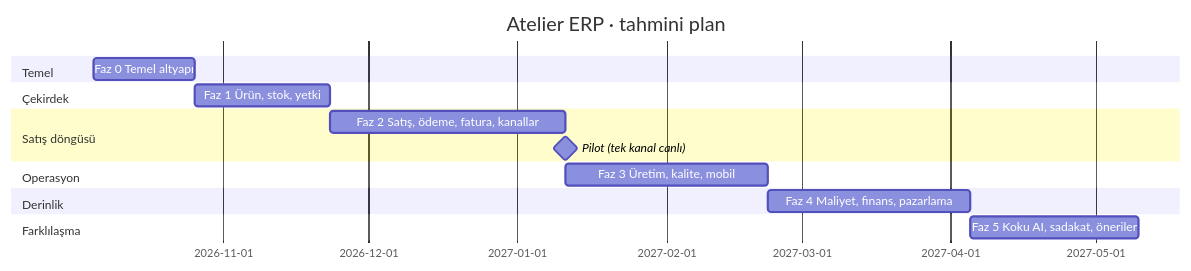
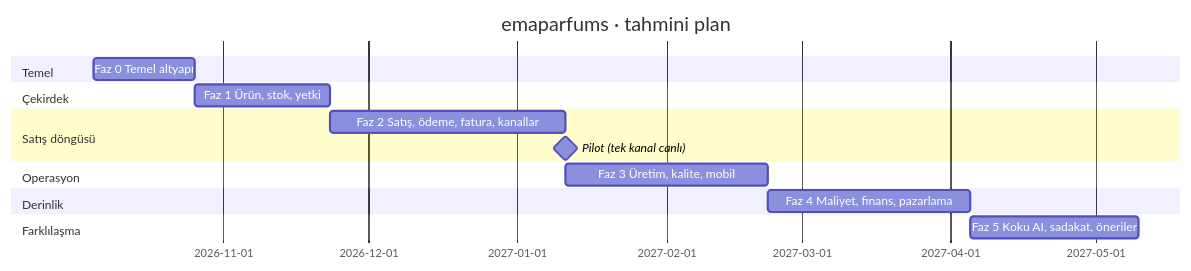
One commit to muhammedkoca-medra/emaparfums-erp changed the diagram in docs/05-yol-haritasi.md. Above: the diagram before and after it, drawn with Mermaid. The commit also changed 23 other files, not shown here.

````diff
--- a/docs/05-yol-haritasi.md
+++ b/docs/05-yol-haritasi.md
@@ -7,18 +7,18 @@
 ```mermaid
 gantt
   dateFormat  YYYY-MM-DD
-  title Atelier ERP · tahmini plan
+  title emaparfums · tahmini plan
   section Temel
   Faz 0 Temel altyapı          :f0, 2026-10-05, 3w
   section Çekirdek
   Faz 1 Ürün, stok, yetki      :f1, after f0, 4w
   section Satış döngüsü
   Faz 2 Satış, ödeme, fatura, kanallar :f2, after f1, 7w
   Pilot (tek kanal canlı)      :milestone, after f2, 0d
   section Operasyon
   Faz 3 Üretim, kalite, mobil  :f3, after f2, 6w
   section Derinlik
   Faz 4 Maliyet, finans, pazarlama :f4, after f3, 6w
   section Farklılaşma
   Faz 5 Koku AI, sadakat, öneriler :f5, after f4, 5w
 ```
````
